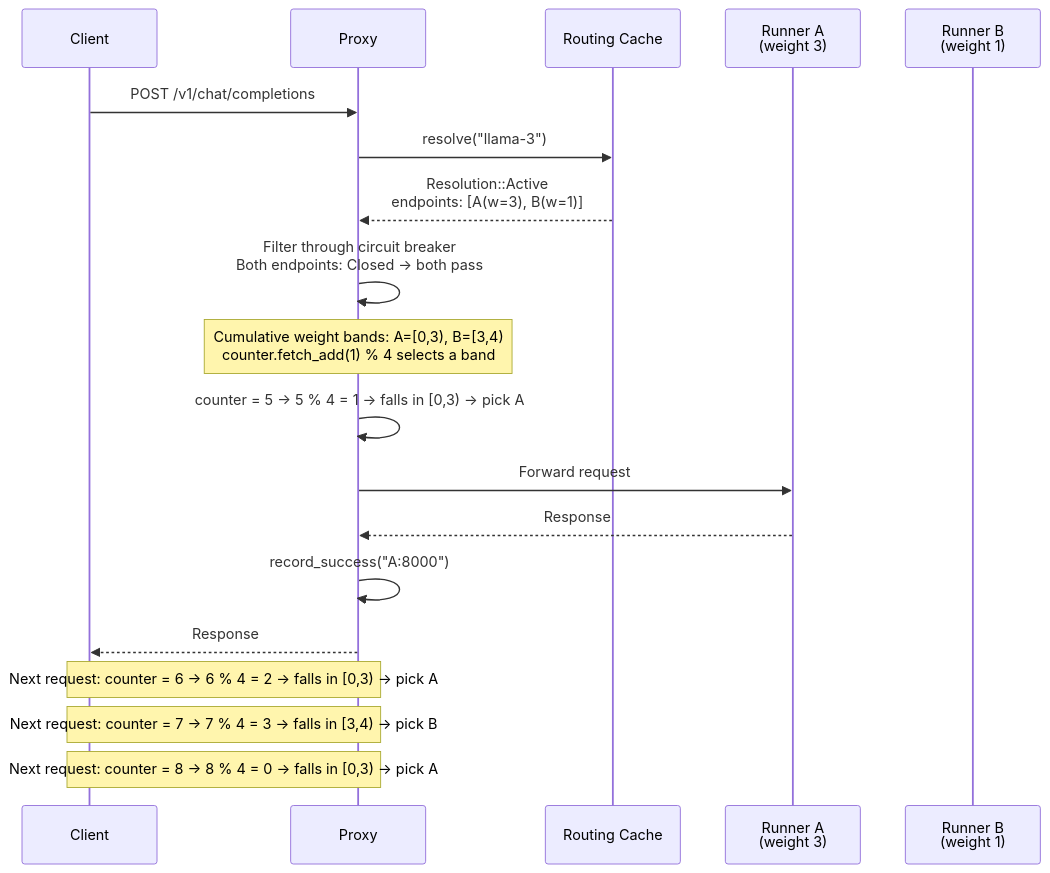
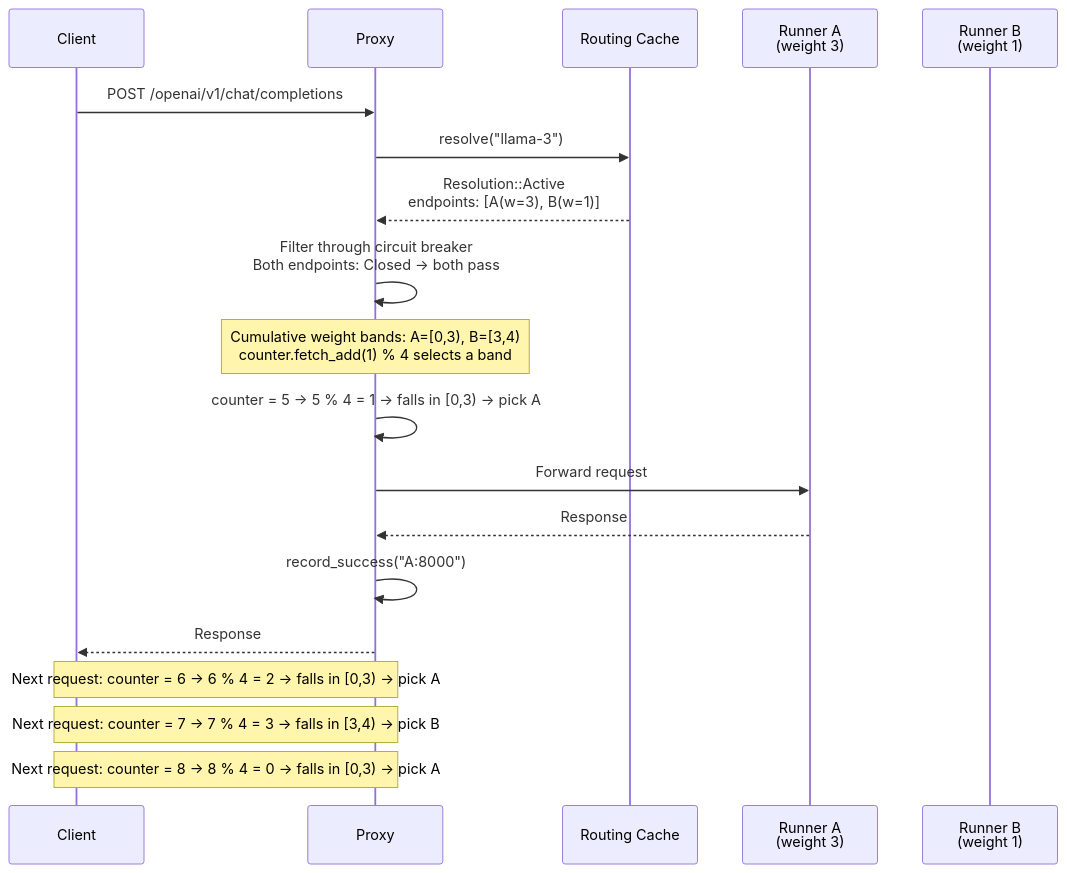
The third of 4 diagrams in docs/architecture/components/proxy.md (rh-aiservices-bu/school-of-sardeenz), drawn with Mermaid before and after one commit. The commit also changed other lines of this file and 124 other files, not shown here.

````diff
--- a/docs/architecture/components/proxy.md
+++ b/docs/architecture/components/proxy.md
@@ -120,26 +142,26 @@
 ```mermaid
 sequenceDiagram
     participant Client
     participant Proxy
     participant Cache as Routing Cache
     participant R1 as Runner A<br/>(weight 3)
     participant R2 as Runner B<br/>(weight 1)
 
-    Client->>Proxy: POST /v1/chat/completions
+    Client->>Proxy: POST /openai/v1/chat/completions
     Proxy->>Cache: resolve("llama-3")
     Cache-->>Proxy: Resolution::Active<br/>endpoints: [A(w=3), B(w=1)]
 
     Proxy->>Proxy: Filter through circuit breaker<br/>Both endpoints: Closed → both pass
 
     Note over Proxy: Cumulative weight bands: A=[0,3), B=[3,4)<br/>counter.fetch_add(1) % 4 selects a band
 
     Proxy->>Proxy: counter = 5 → 5 % 4 = 1 → falls in [0,3) → pick A
     Proxy->>R1: Forward request
     R1-->>Proxy: Response
     Proxy->>Proxy: record_success("A:8000")
     Proxy-->>Client: Response
 
     Note over Client,Proxy: Next request: counter = 6 → 6 % 4 = 2 → falls in [0,3) → pick A
     Note over Client,Proxy: Next request: counter = 7 → 7 % 4 = 3 → falls in [3,4) → pick B
     Note over Client,Proxy: Next request: counter = 8 → 8 % 4 = 0 → falls in [0,3) → pick A
 ```
````
